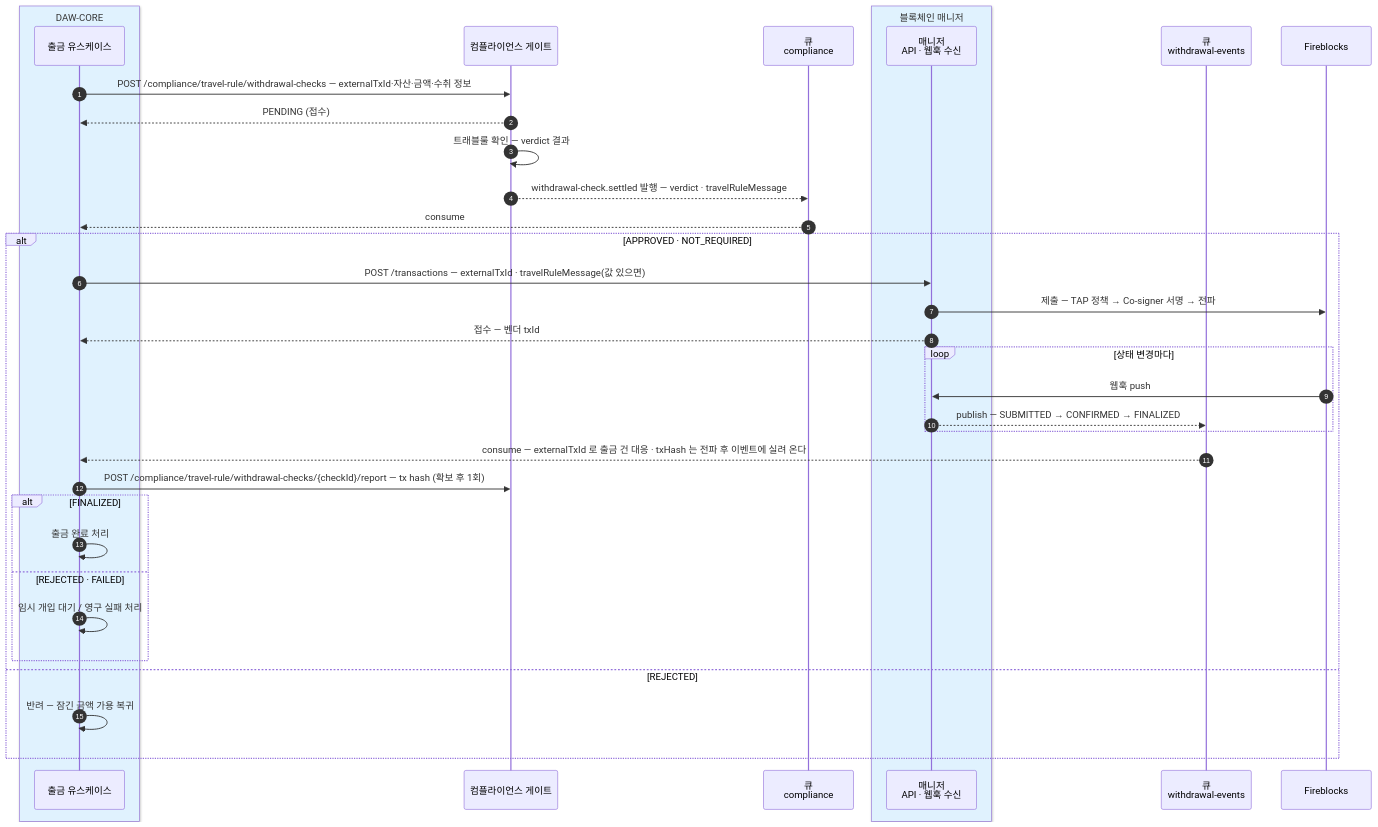
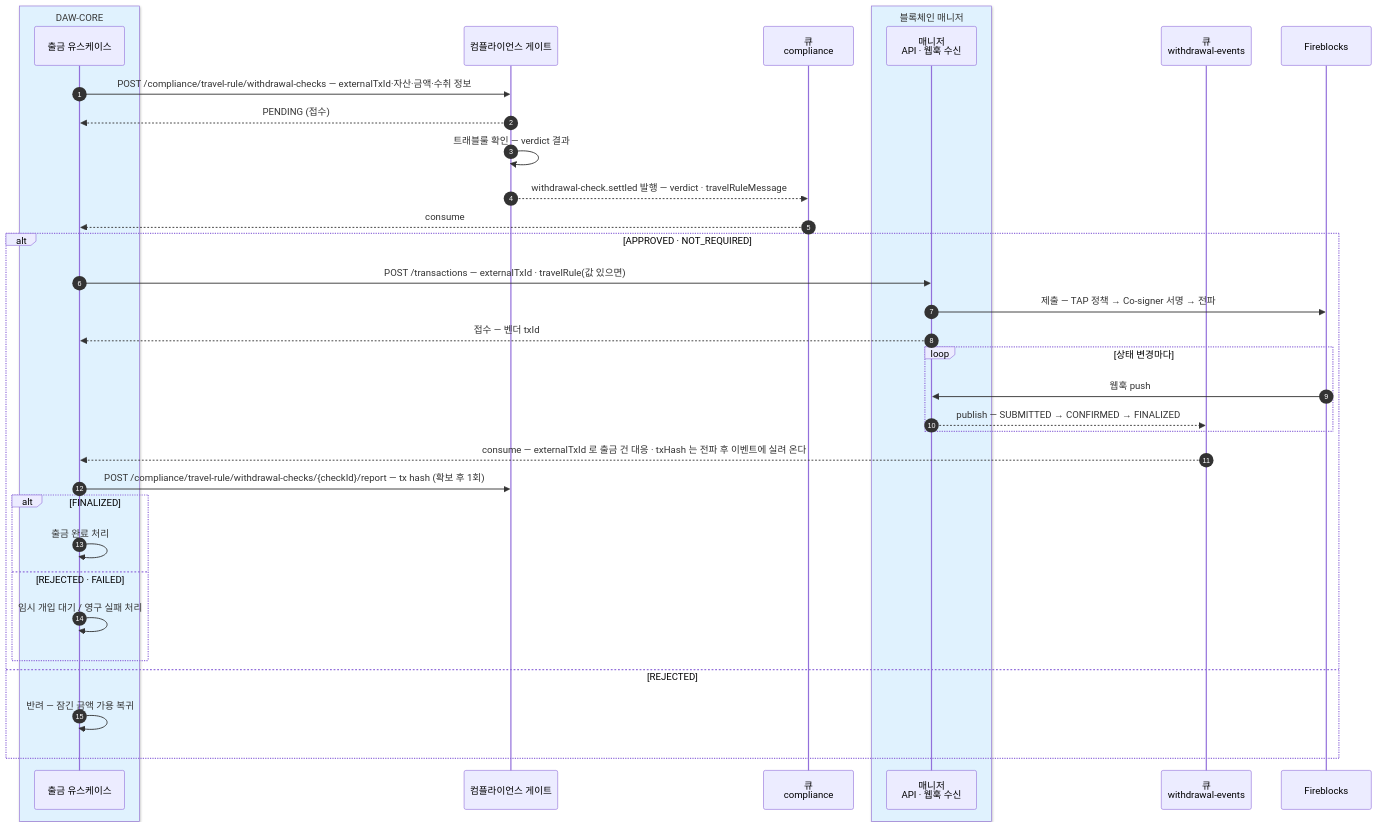
One commit to eunsujeo/eunpus changed the second of 3 diagrams in blockchain-manager/docs/BC/설계/01-infra.md. Above: the diagram before and after it, drawn with Mermaid. The commit also changed 13 other files, not shown here.

````diff
--- a/blockchain-manager/docs/BC/설계/01-infra.md
+++ b/blockchain-manager/docs/BC/설계/01-infra.md
@@ -146,38 +146,38 @@
 ```mermaid
 sequenceDiagram
     autonumber
     box rgb(224,242,254) DAW-CORE
     participant BE as 출금 유스케이스
     end
     participant CP as 컴플라이언스 게이트
     participant MQC as 큐<br/>compliance
     box rgb(224,242,254) 블록체인 매니저
     participant BM as 매니저<br/>API · 웹훅 수신
     end
     participant MQ as 큐<br/>withdrawal-events
     participant FB as Fireblocks
 
     BE->>CP: POST /compliance/travel-rule/withdrawal-checks — externalTxId·자산·금액·수취 정보
     CP-->>BE: PENDING (접수)
     CP->>CP: 트래블룰 확인 — verdict 결과
     CP-->>MQC: withdrawal-check.settled 발행 — verdict · travelRuleMessage
     MQC-->>BE: consume
     alt APPROVED · NOT_REQUIRED
-        BE->>BM: POST /transactions — externalTxId · travelRuleMessage(값 있으면)
+        BE->>BM: POST /transactions — externalTxId · travelRule(값 있으면)
         BM->>FB: 제출 — TAP 정책 → Co-signer 서명 → 전파
         BM-->>BE: 접수 — 벤더 txId
         loop 상태 변경마다
             FB->>BM: 웹훅 push
             BM-->>MQ: publish — SUBMITTED → CONFIRMED → FINALIZED
         end
         MQ-->>BE: consume — externalTxId 로 출금 건 대응 · txHash 는 전파 후 이벤트에 실려 온다
         BE->>CP: POST /compliance/travel-rule/withdrawal-checks/{checkId}/report — tx hash (확보 후 1회)
         alt FINALIZED
             BE->>BE: 출금 완료 처리
         else REJECTED · FAILED
             BE->>BE: 임시 개입 대기 / 영구 실패 처리
         end
     else REJECTED
         BE->>BE: 반려 — 잠긴 금액 가용 복귀
     end
 ```
````
